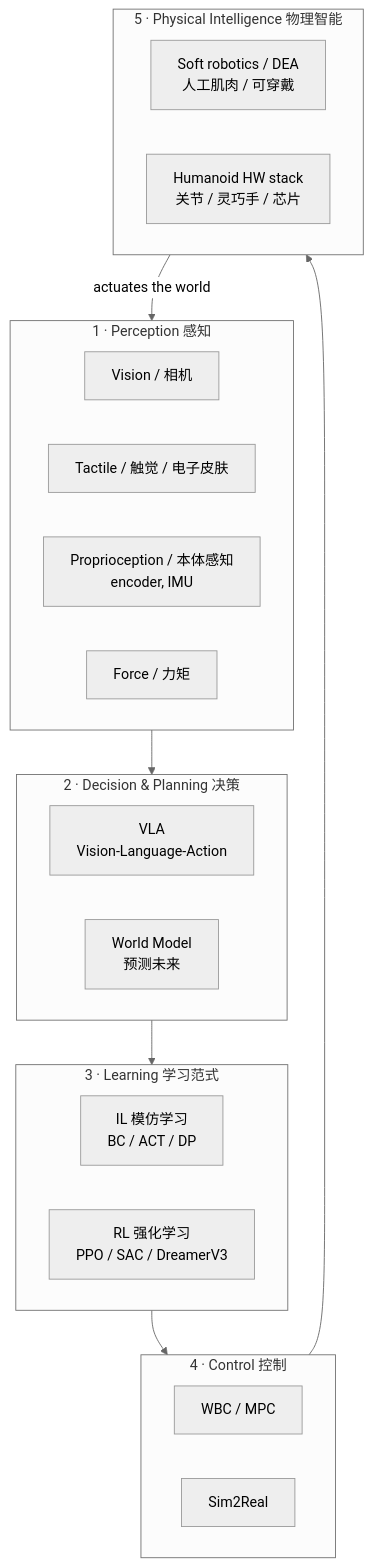
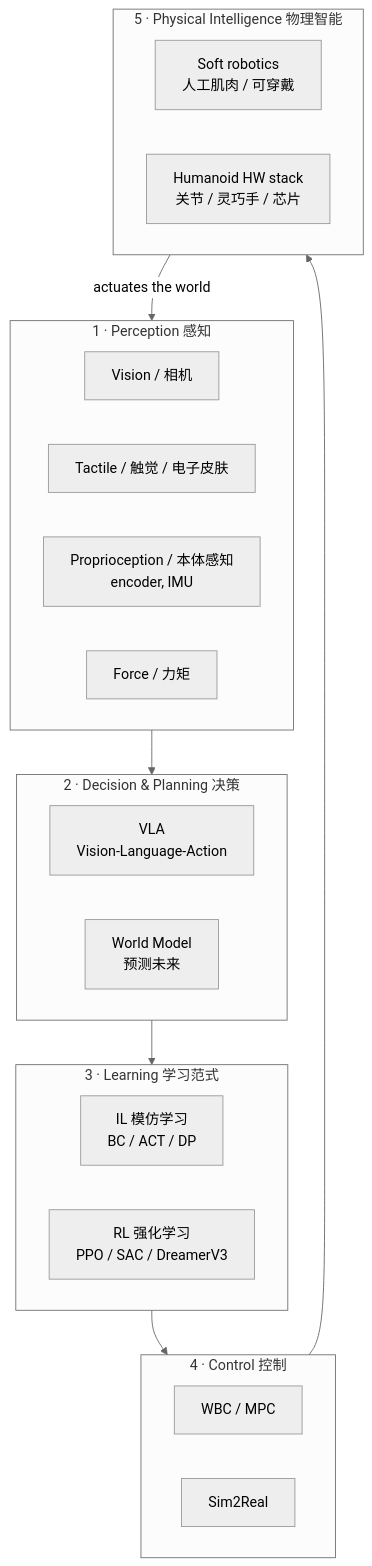
The second of 2 diagrams in study-log/2026-08-15-lecture-01-en.md (zizhengwang2026/Embodied-Intelligence-Learning), drawn with Mermaid (neutral theme) before and after one commit. The commit also changed other lines of this file, not shown here.

Commit message:
cleanup lecture-01-en: remove personal identity (ZJU/advisor/DEA hooks), drop tie-back & reflections sections, fix Brooks 1990/1991, ALOHA casing, knowledge points verified

````diff
--- a/study-log/2026-08-15-lecture-01-en.md
+++ b/study-log/2026-08-15-lecture-01-en.md
@@ -58,27 +55,27 @@
 ```mermaid
 flowchart TD
     subgraph SENSE[1 · Perception 感知]
         V[Vision / 相机]
         T[Tactile / 触觉 / 电子皮肤]
         P2[Proprioception / 本体感知<br/>encoder, IMU]
         F[Force / 力矩]
     end
     subgraph DECIDE[2 · Decision & Planning 决策]
         VLA[VLA<br/>Vision-Language-Action]
         WM[World Model<br/>预测未来]
     end
     subgraph LEARN[3 · Learning 学习范式]
         IL[IL 模仿学习<br/>BC / ACT / DP]
         RL[RL 强化学习<br/>PPO / SAC / DreamerV3]
     end
     subgraph CONTROL[4 · Control 控制]
         WBC[WBC / MPC]
         SR[Sim2Real]
     end
     subgraph BODY[5 · Physical Intelligence 物理智能]
-        SOFT[Soft robotics / DEA<br/>人工肌肉 / 可穿戴]
+        SOFT[Soft robotics<br/>人工肌肉 / 可穿戴]
         HW[Humanoid HW stack<br/>关节 / 灵巧手 / 芯片]
     end
     SENSE --> DECIDE --> LEARN --> CONTROL --> BODY
     BODY -->|actuates the world| SENSE
 ```
````
